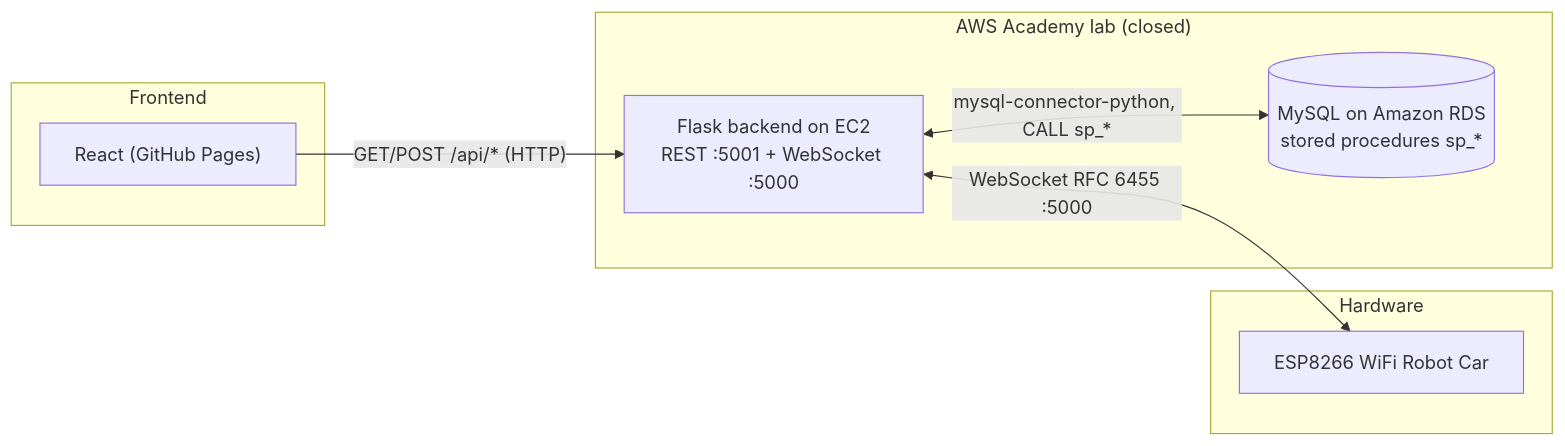
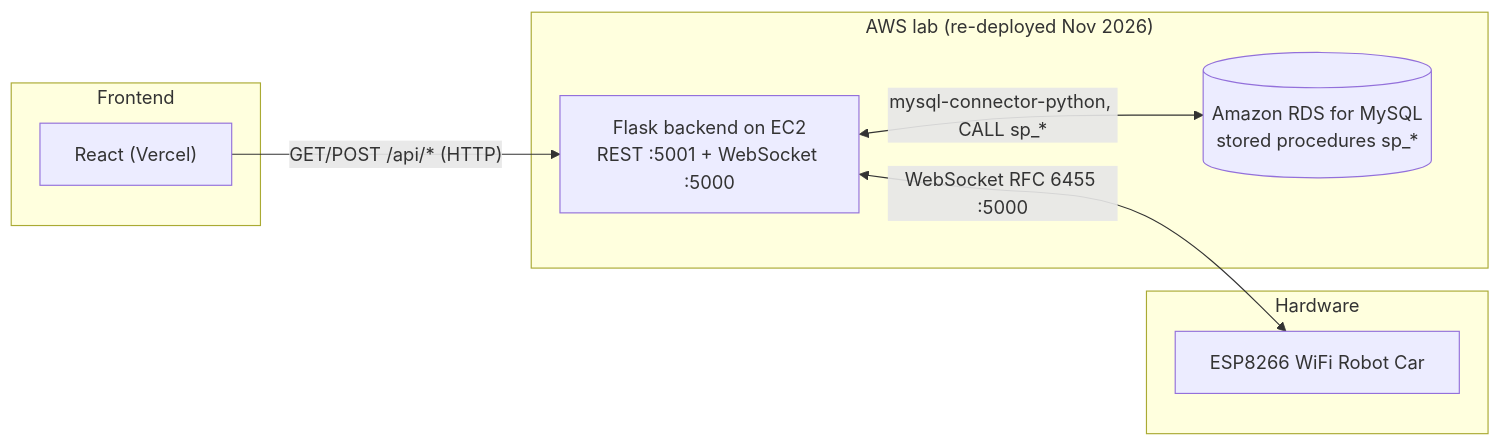
Before and after one commit to Villa19d/Iot_carrito_aws_backend: the diagram in README.md, drawn with Mermaid. The commit also changed other lines of this file and 8 other files, not shown here.

````diff
--- a/README.md
+++ b/README.md
@@ -17,16 +19,16 @@
 ```mermaid
 flowchart LR
     subgraph HW["Hardware"]
         ESP["ESP8266 WiFi Robot Car"]
     end
-    subgraph AWS["AWS Academy lab (closed)"]
+    subgraph AWS["AWS lab (re-deployed Nov 2026)"]
         FLASK["Flask backend on EC2<br/>REST :5001 + WebSocket :5000"]
-        RDS[("MySQL on Amazon RDS<br/>stored procedures sp_*")]
+        RDS[("Amazon RDS for MySQL<br/>stored procedures sp_*")]
     end
     subgraph WEB["Frontend"]
-        REACT["React (GitHub Pages)"]
+        REACT["React (Vercel)"]
     end
     REACT -- "GET/POST /api/* (HTTP)" --> FLASK
     FLASK <-- "WebSocket RFC 6455 :5000" --> ESP
     FLASK <-- "mysql-connector-python, CALL sp_*" --> RDS
 ```
````
